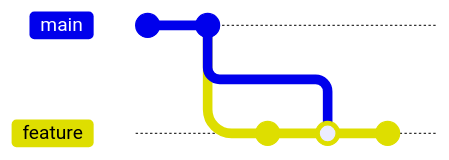
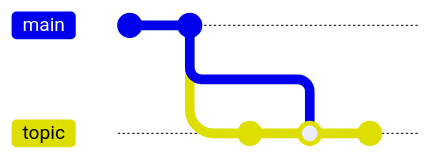
Before and after one commit to int128/update-generated-files-action: the first of 2 diagrams in README.md, drawn with Mermaid. The commit also changed other lines of this file, not shown here. Commit ids are hidden.

````diff
--- a/README.md
+++ b/README.md
@@ -53,10 +51,10 @@
 ```mermaid
 gitGraph
-  commit
-  commit
+  commit id:"_"
+  commit id:"PR base"
   checkout main
-  branch feature
-  commit id:"Your change"
+  branch topic
+  commit id:"PR head"
   merge main
   commit id:"Added by this action"
 ```
````
